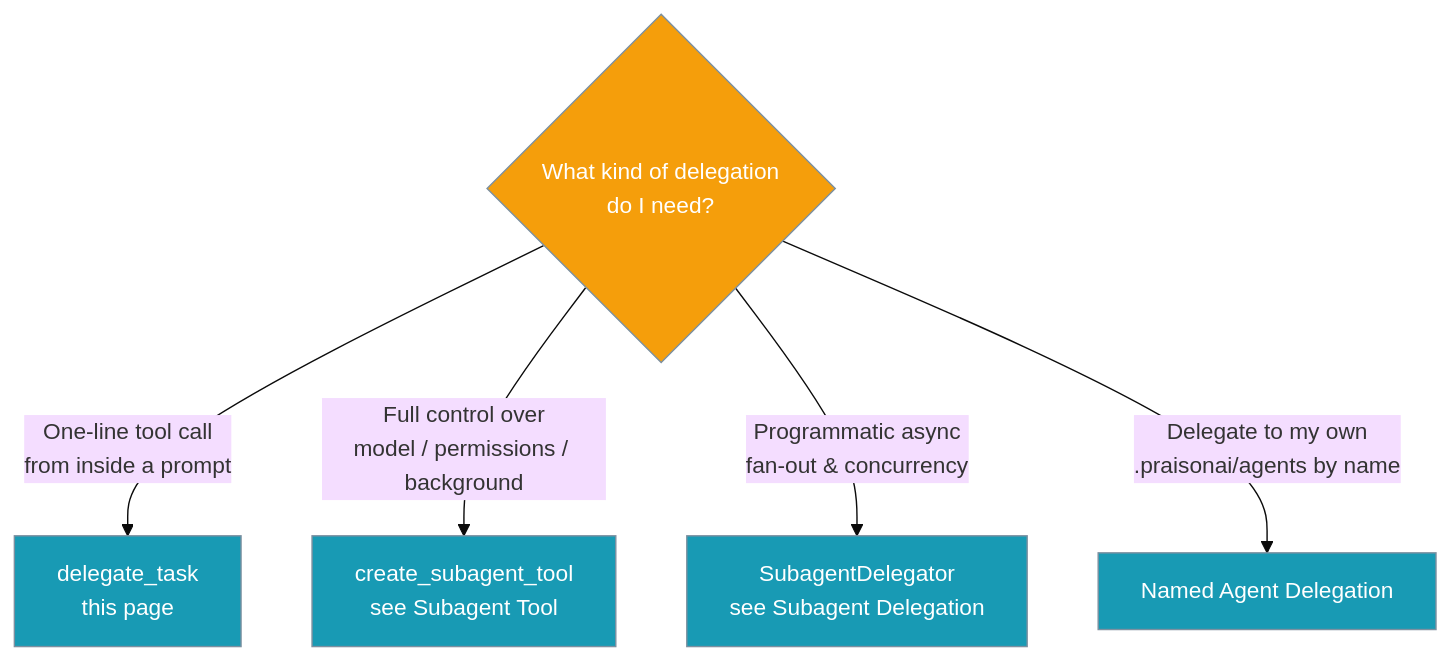
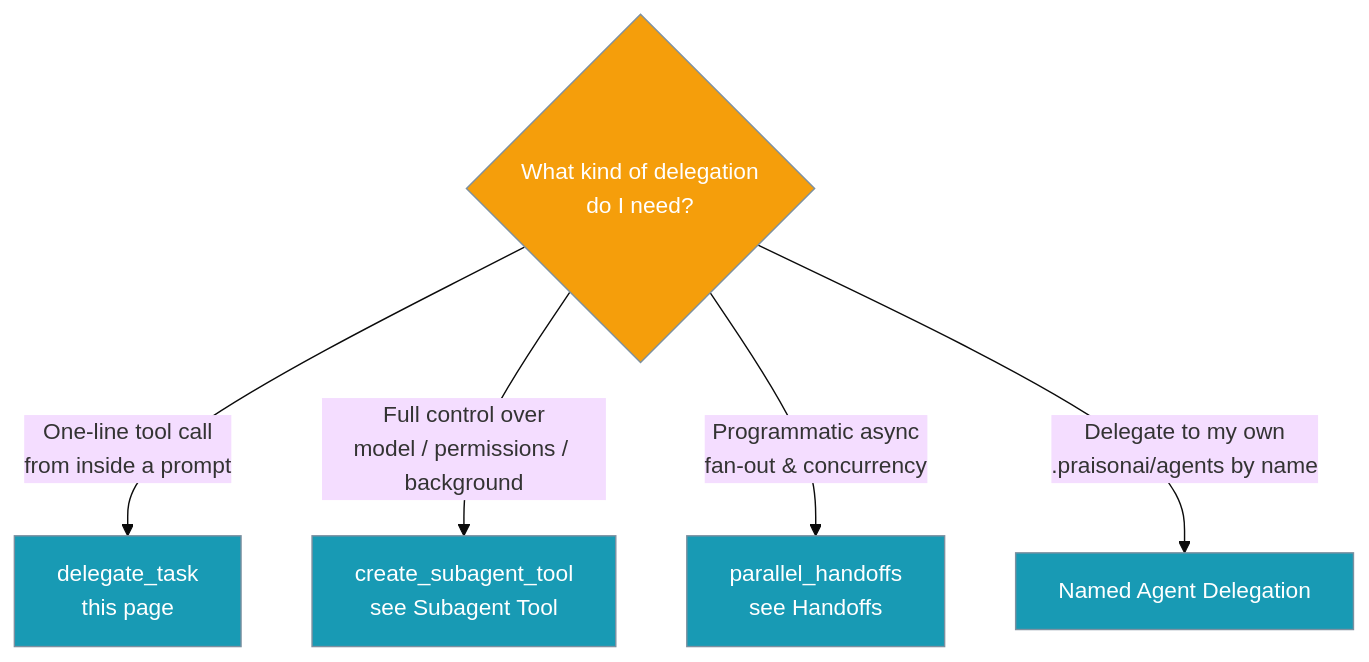
Before and after one commit to MervinPraison/PraisonAIDocs: the second of 3 diagrams in docs/features/delegate-task.mdx, drawn with Mermaid (base theme). The commit also changed other lines of this file and 2 other files, not shown here.

First line of the commit message:
docs: retire SubagentDelegator references, use parallel_handoffs (fixes #4212)

````diff
--- a/docs/features/delegate-task.mdx
+++ b/docs/features/delegate-task.mdx
@@ -78,13 +78,13 @@
 ```mermaid
 graph TB
     Q{What kind of delegation<br/>do I need?}
     Q -->|One-line tool call<br/>from inside a prompt| DT[delegate_task<br/>this page]
     Q -->|Full control over<br/>model / permissions / background| ST[create_subagent_tool<br/>see Subagent Tool]
-    Q -->|Programmatic async<br/>fan-out & concurrency| SD[SubagentDelegator<br/>see Subagent Delegation]
+    Q -->|Programmatic async<br/>fan-out & concurrency| PH[parallel_handoffs<br/>see Handoffs]
     Q -->|Delegate to my own<br/>.praisonai/agents by name| NA[Named Agent Delegation]
 
     classDef q fill:#F59E0B,stroke:#7C90A0,color:#fff
     classDef a fill:#189AB4,stroke:#7C90A0,color:#fff
     class Q q
-    class DT,ST,SD,NA a
+    class DT,ST,PH,NA a
 ```
````
